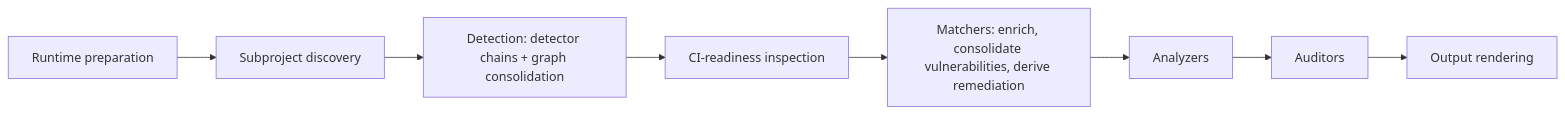
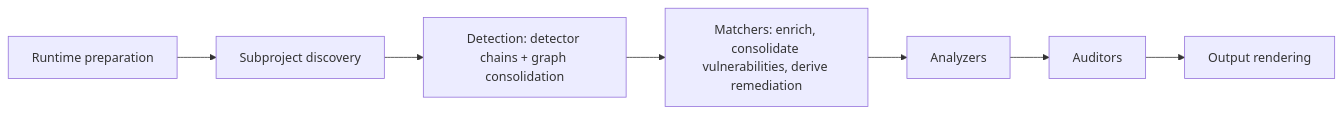
One commit to bomly-dev/bomly-cli changed the second of 4 diagrams in dev-docs/ARCHITECTURE.md. Above: the diagram before and after it, drawn with Mermaid. The commit also changed other lines of this file and 40 other files, not shown here.

````diff
--- a/dev-docs/ARCHITECTURE.md
+++ b/dev-docs/ARCHITECTURE.md
@@ -50,13 +50,12 @@
 ```mermaid
 flowchart LR
     A[Runtime preparation]
     B[Subproject discovery]
     C[Detection: detector chains + graph consolidation]
-    D[CI-readiness inspection]
     F[Matchers: enrich, consolidate vulnerabilities, derive remediation]
     F2[Analyzers]
     G[Auditors]
     H[Output rendering]
 
-    A --> B --> C --> D --> F --> F2 --> G --> H
+    A --> B --> C --> F --> F2 --> G --> H
 ```
````
